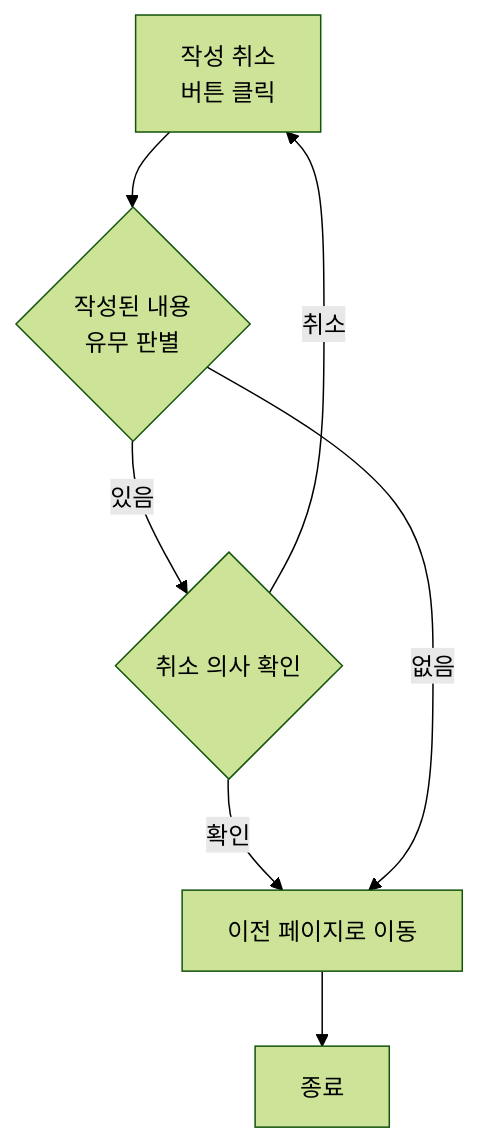
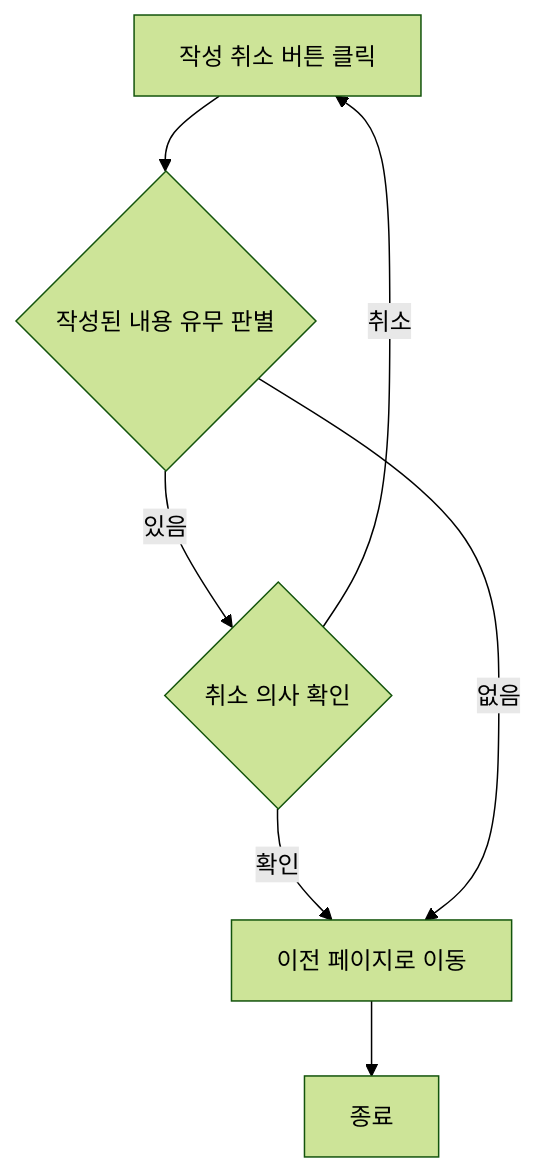
The fourth of 22 diagrams in design/기능정의서.md (Dev-FE-2/3_swim_diary), drawn with Mermaid (forest theme) before and after one commit. The commit also changed other lines of this file, not shown here.

Commit message:
다이어그램수정#2

````diff
--- a/design/기능정의서.md
+++ b/design/기능정의서.md
@@ -77,10 +78,10 @@
-```mermaid
-flowchart TD
-D[작성 취소\n버튼 클릭]
-G[종료]
-D --> D1{작성된 내용\n유무 판별}
-D1 -- 있음 --> D2{취소 의사 확인}
-D2 -- 확인 --> D3[이전 페이지로 이동] --> G
-D2 -- 취소 --> D
-D1 -- 없음 --> D3
-```
+    ```mermaid
+    flowchart TD
+    D[작성 취소 버튼 클릭]
+    G[종료]
+    D --> D1{작성된 내용 유무 판별}
+    D1 -- 있음 --> D2{취소 의사 확인}
+    D2 -- 확인 --> D3[이전 페이지로 이동] --> G
+    D2 -- 취소 --> D
+    D1 -- 없음 --> D3
+    ```
````
